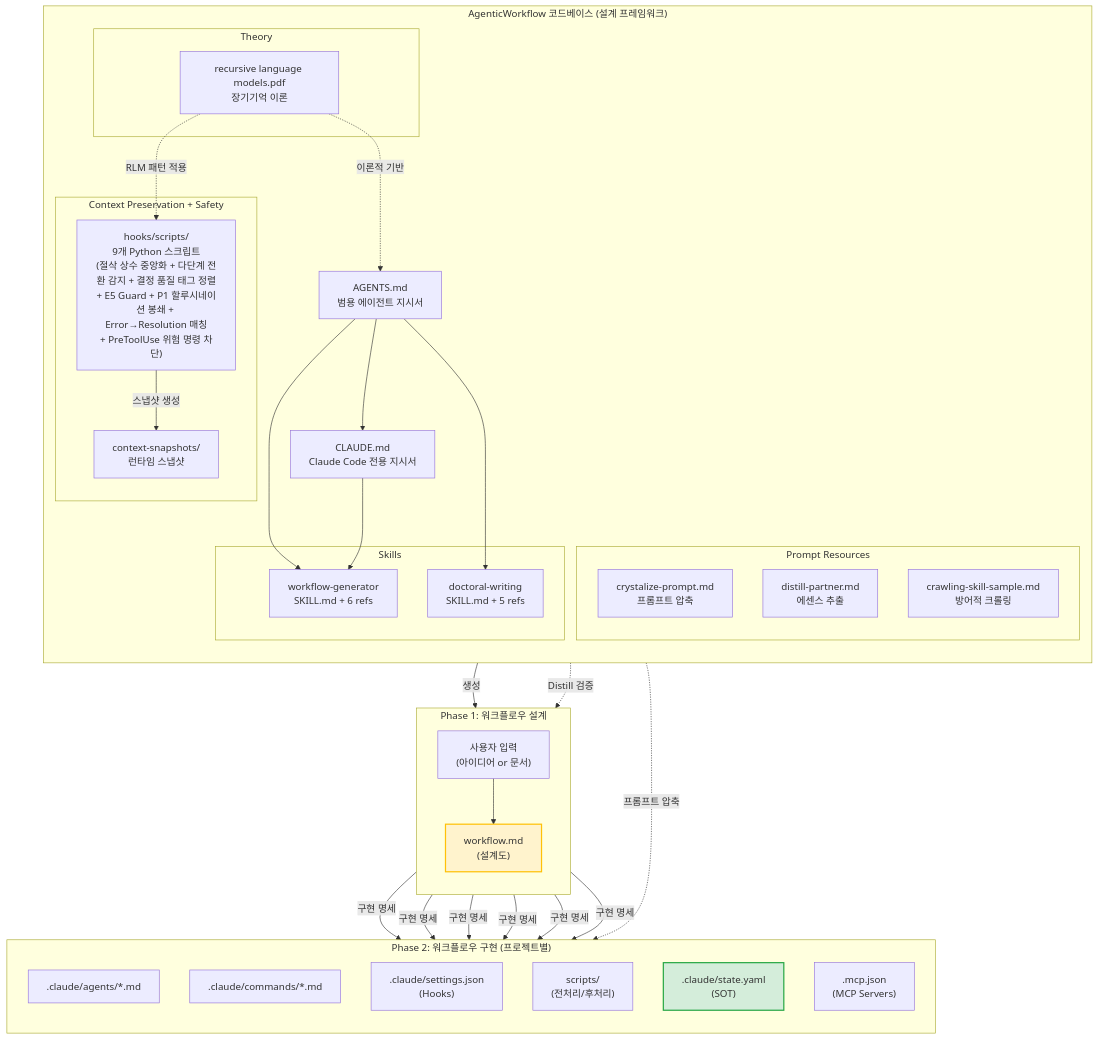
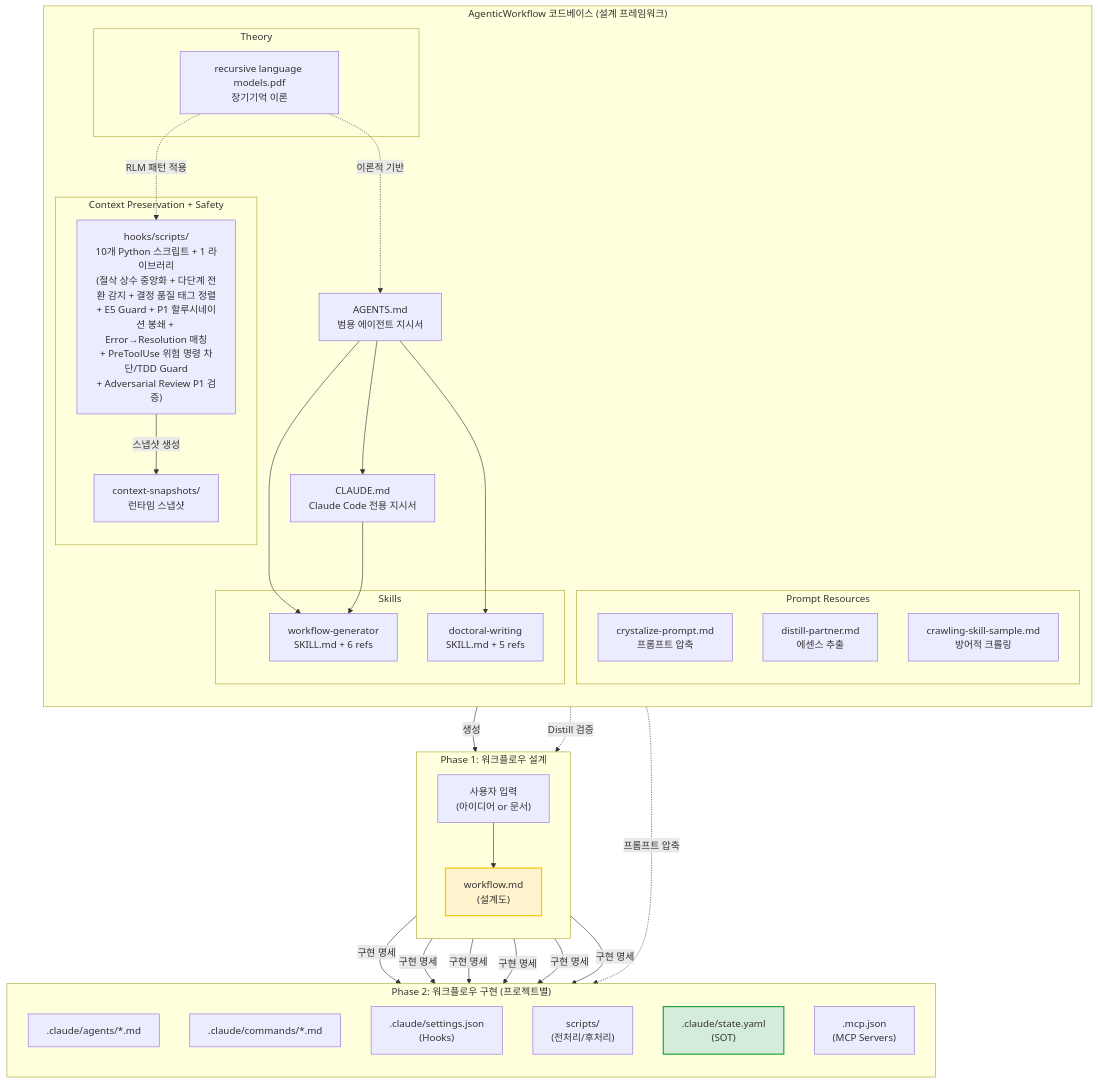
The second of 13 diagrams in AGENTICWORKFLOW-ARCHITECTURE-AND-PHILOSOPHY.md (oogisoogi/AgenticWorkflow), drawn with Mermaid before and after one commit. The commit also changed other lines of this file and 4 other files, not shown here.

First line of the commit message:
docs: Adversarial Review + SOT 8항목 전파 — 5개 문서 동기화

````diff
--- a/AGENTICWORKFLOW-ARCHITECTURE-AND-PHILOSOPHY.md
+++ b/AGENTICWORKFLOW-ARCHITECTURE-AND-PHILOSOPHY.md
@@ -190,66 +190,66 @@
 ```mermaid
 graph TB
     subgraph "AgenticWorkflow 코드베이스 (설계 프레임워크)"
         direction TB
         CLAUDE["CLAUDE.md<br/>Claude Code 전용 지시서"]
         AGENTS["AGENTS.md<br/>범용 에이전트 지시서"]
 
         subgraph "Skills"
             WG["workflow-generator<br/>SKILL.md + 6 refs"]
             DW["doctoral-writing<br/>SKILL.md + 5 refs"]
         end
 
         subgraph "Context Preservation + Safety"
-            CPS["hooks/scripts/<br/>9개 Python 스크립트<br/>(절삭 상수 중앙화 + 다단계 전환 감지 + 결정 품질 태그 정렬<br/>+ E5 Guard + P1 할루시네이션 봉쇄 + Error→Resolution 매칭<br/>+ PreToolUse 위험 명령 차단)"]
+            CPS["hooks/scripts/<br/>10개 Python 스크립트 + 1 라이브러리<br/>(절삭 상수 중앙화 + 다단계 전환 감지 + 결정 품질 태그 정렬<br/>+ E5 Guard + P1 할루시네이션 봉쇄 + Error→Resolution 매칭<br/>+ PreToolUse 위험 명령 차단/TDD Guard<br/>+ Adversarial Review P1 검증)"]
             CSS["context-snapshots/<br/>런타임 스냅샷"]
         end
 
         subgraph "Prompt Resources"
             CP["crystalize-prompt.md<br/>프롬프트 압축"]
             DP["distill-partner.md<br/>에센스 추출"]
             CS["crawling-skill-sample.md<br/>방어적 크롤링"]
         end
 
         subgraph "Theory"
             RLM["recursive language models.pdf<br/>장기기억 이론"]
         end
 
         AGENTS --> CLAUDE
         AGENTS --> WG
         AGENTS --> DW
         CLAUDE --> WG
         RLM -.->|"이론적 기반"| AGENTS
         RLM -.->|"RLM 패턴 적용"| CPS
         CPS -->|"스냅샷 생성"| CSS
     end
 
     subgraph "Phase 1: 워크플로우 설계"
         direction TB
         USER_INPUT["사용자 입력<br/>(아이디어 or 문서)"]
         WF["workflow.md<br/>(설계도)"]
         USER_INPUT --> WF
     end
 
     subgraph "Phase 2: 워크플로우 구현 (프로젝트별)"
         direction TB
         AG[".claude/agents/*.md"]
         CMD[".claude/commands/*.md"]
         HK[".claude/settings.json<br/>(Hooks)"]
         SC["scripts/<br/>(전처리/후처리)"]
         SOT[".claude/state.yaml<br/>(SOT)"]
         MCP[".mcp.json<br/>(MCP Servers)"]
     end
 
     WG -->|"생성"| WF
     DP -.->|"Distill 검증"| WF
     CP -.->|"프롬프트 압축"| AG
     WF -->|"구현 명세"| AG
     WF -->|"구현 명세"| CMD
     WF -->|"구현 명세"| HK
     WF -->|"구현 명세"| SC
     WF -->|"구현 명세"| SOT
     WF -->|"구현 명세"| MCP
 
     style WF fill:#fff3cd,stroke:#ffc107,stroke-width:2px
     style SOT fill:#d4edda,stroke:#28a745,stroke-width:2px
 ```
````
